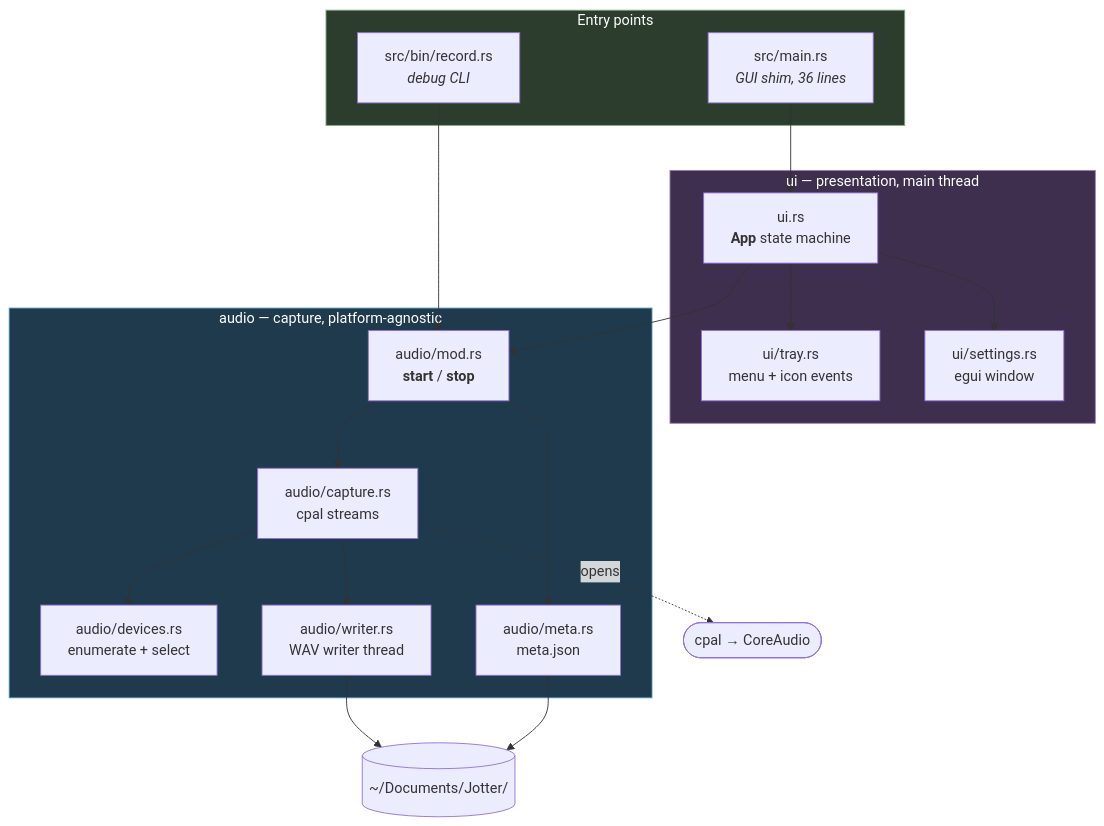
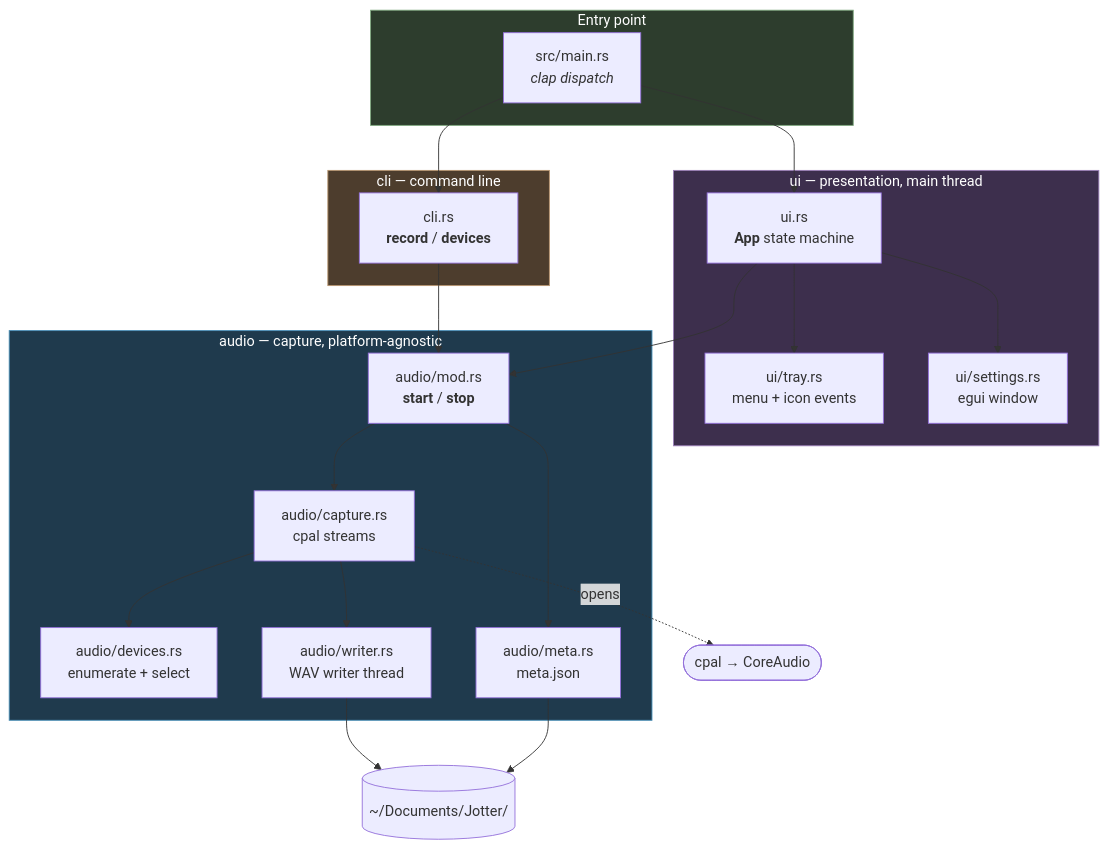
One commit to nfishel48/Jotter changed the first of 7 diagrams in docs/ARCHITECTURE.md. Above: the diagram before and after it, drawn with Mermaid. The commit also changed other lines of this file and 17 other files, not shown here.

````diff
--- a/docs/ARCHITECTURE.md
+++ b/docs/ARCHITECTURE.md
@@ -17,42 +17,47 @@
 ```mermaid
 graph TB
-    subgraph entry["Entry points"]
-        MAIN["src/main.rs<br/><i>GUI shim, 36 lines</i>"]
-        CLI["src/bin/record.rs<br/><i>debug CLI</i>"]
+    subgraph entry["Entry point"]
+        MAIN["src/main.rs<br/><i>clap dispatch</i>"]
+    end
+
+    subgraph cli["cli — command line"]
+        CLIMOD["cli.rs<br/><b>record</b> / <b>devices</b>"]
     end
 
     subgraph ui["ui — presentation, main thread"]
         UIMOD["ui.rs<br/><b>App</b> state machine"]
         TRAY["ui/tray.rs<br/>menu + icon events"]
         SET["ui/settings.rs<br/>egui window"]
     end
 
     subgraph audio["audio — capture, platform-agnostic"]
         AMOD["audio/mod.rs<br/><b>start</b> / <b>stop</b>"]
         DEV["audio/devices.rs<br/>enumerate + select"]
         CAP["audio/capture.rs<br/>cpal streams"]
         WRI["audio/writer.rs<br/>WAV writer thread"]
         MET["audio/meta.rs<br/>meta.json"]
     end
 
     CPAL(["cpal → CoreAudio"])
     DISK[("~/Documents/Jotter/")]
 
     MAIN --> UIMOD
+    MAIN --> CLIMOD
     UIMOD --> TRAY
     UIMOD --> SET
     UIMOD --> AMOD
-    CLI --> AMOD
+    CLIMOD --> AMOD
 
     AMOD --> CAP
     AMOD --> MET
     CAP --> DEV
     CAP --> WRI
     CAP -.opens.-> CPAL
     WRI --> DISK
     MET --> DISK
 
     style audio fill:#1f3a4d,stroke:#4a90b8,color:#fff
     style ui fill:#3d2f4d,stroke:#9b7fb8,color:#fff
+    style cli fill:#4d3d2d,stroke:#b8956f,color:#fff
     style entry fill:#2d3d2d,stroke:#7fa87f,color:#fff
 ```
````
